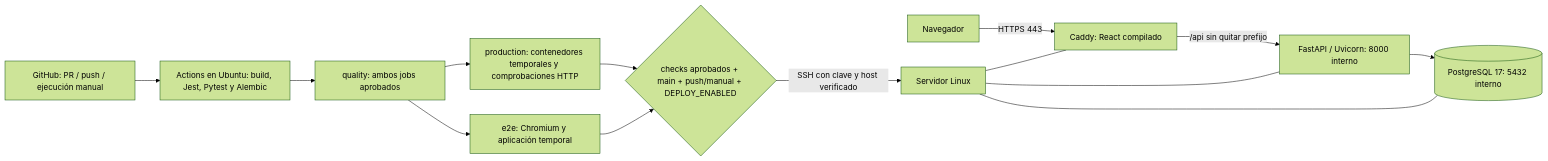
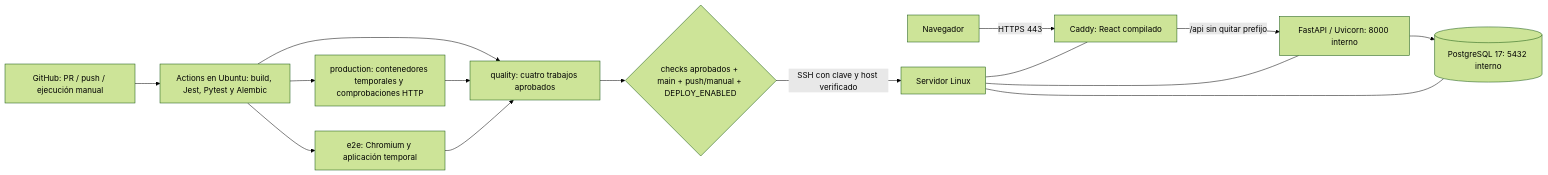
Before and after one commit to JorgeJaceval/Pruebas-De-Software-RentSmart: the diagram in docs/despliegue.md, drawn with Mermaid (forest theme). The commit also changed other lines of this file and 8 other files, not shown here.

````diff
--- a/docs/despliegue.md
+++ b/docs/despliegue.md
@@ -13,16 +13,17 @@
 ```mermaid
 flowchart LR
   GH[GitHub: PR / push / ejecución manual] --> CI[Actions en Ubuntu: build, Jest, Pytest y Alembic]
-  CI --> Q[quality: ambos jobs aprobados]
-  Q --> Smoke[production: contenedores temporales y comprobaciones HTTP]
-  Q --> E2E[e2e: Chromium y aplicación temporal]
-  Smoke --> Gate{checks aprobados + main + push/manual + DEPLOY_ENABLED}
-  E2E --> Gate
+  CI --> Smoke[production: contenedores temporales y comprobaciones HTTP]
+  CI --> E2E[e2e: Chromium y aplicación temporal]
+  CI --> Q[quality: cuatro trabajos aprobados]
+  Smoke --> Q
+  E2E --> Q
+  Q --> Gate{checks aprobados + main + push/manual + DEPLOY_ENABLED}
   Gate -->|SSH con clave y host verificado| VPS[Servidor Linux]
   Usuario[Navegador] -->|HTTPS 443| Caddy[Caddy: React compilado]
   Caddy -->|/api sin quitar prefijo| API[FastAPI / Uvicorn: 8000 interno]
   API --> DB[(PostgreSQL 17: 5432 interno)]
   VPS --- Caddy
   VPS --- API
   VPS --- DB
 ```
````
